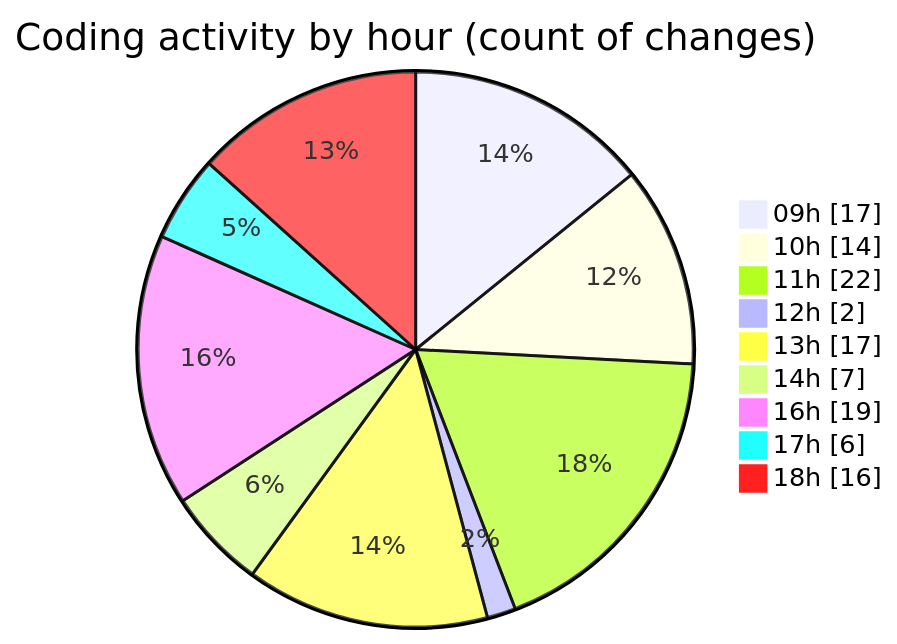
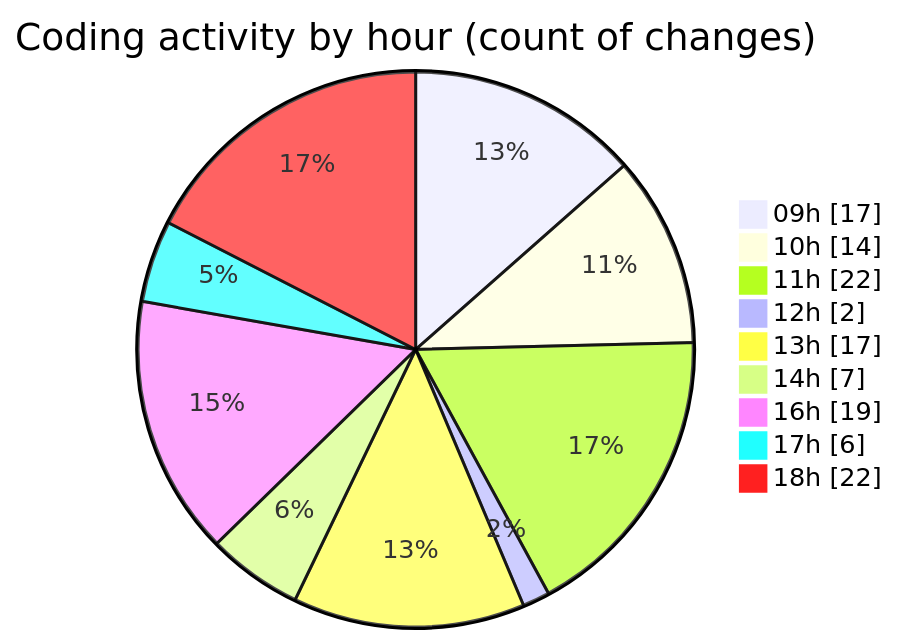
One commit to momahboobian/code-tracking changed the second of 2 diagrams in 2026-04-28/cda/README.md. Above: the diagram before and after it, drawn with Mermaid. The commit also changed other lines of this file and 1 other file, not shown here.

````diff
--- a/2026-04-28/cda/README.md
+++ b/2026-04-28/cda/README.md
@@ -58,13 +59,13 @@
 ```mermaid
 pie showData
 title Coding activity by hour (count of changes)
 "09h" : 17
 "10h" : 14
 "11h" : 22
 "12h" : 2
 "13h" : 17
 "14h" : 7
 "16h" : 19
 "17h" : 6
-"18h" : 16
+"18h" : 22
 ```
````
